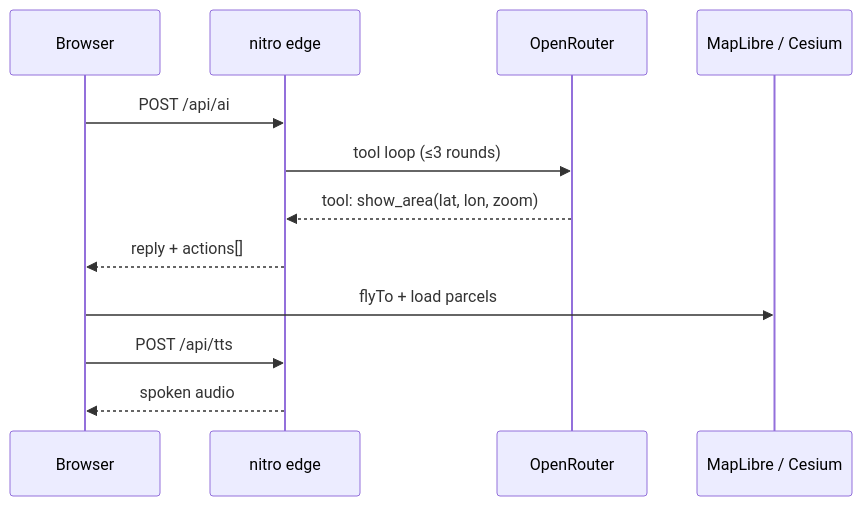
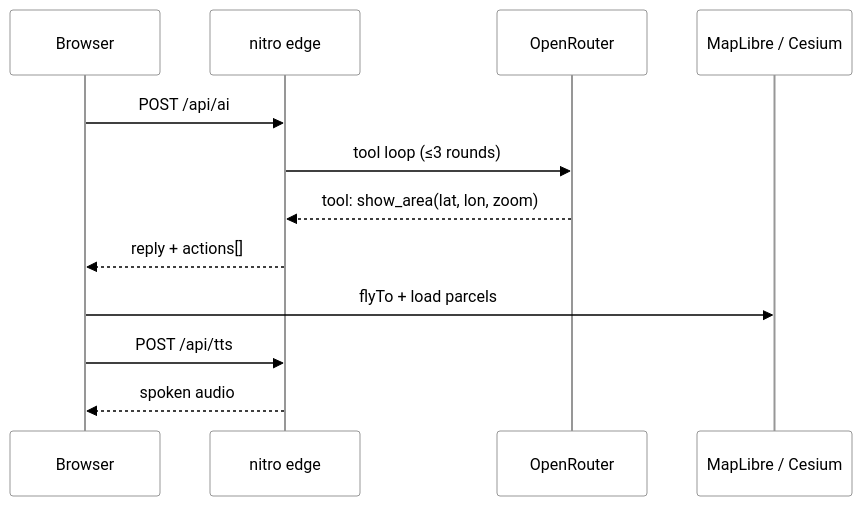
One commit to vanshpatil16/Nirvana changed the fifth of 5 diagrams in README.md. Above: the diagram before and after it, drawn with Mermaid. The commit also changed other lines of this file, not shown here.

First line of the commit message:
Render sequence diagram backgrounds white only

````diff
--- a/README.md
+++ b/README.md
@@ -469,14 +456,15 @@
 ```mermaid
+%%{init: {"theme": "base", "themeVariables": {"background": "#ffffff", "primaryColor": "#ffffff", "actorBkg": "#ffffff", "actorBorder": "#979797", "actorLineColor": "#979797", "actorTextColor": "#000000", "signalColor": "#000000", "signalTextColor": "#000000", "labelBoxBkgColor": "#ffffff", "labelBoxBorderColor": "#979797", "labelTextColor": "#000000"}}}%%
 sequenceDiagram
     participant B as Browser
     participant E as nitro edge
     participant AI as OpenRouter
     participant M as MapLibre / Cesium
     B->>E: POST /api/ai
     E->>AI: tool loop (≤3 rounds)
     AI-->>E: tool: show_area(lat, lon, zoom)
     E-->>B: reply + actions[]
     B->>M: flyTo + load parcels
     B->>E: POST /api/tts
     E-->>B: spoken audio
 ```
````
